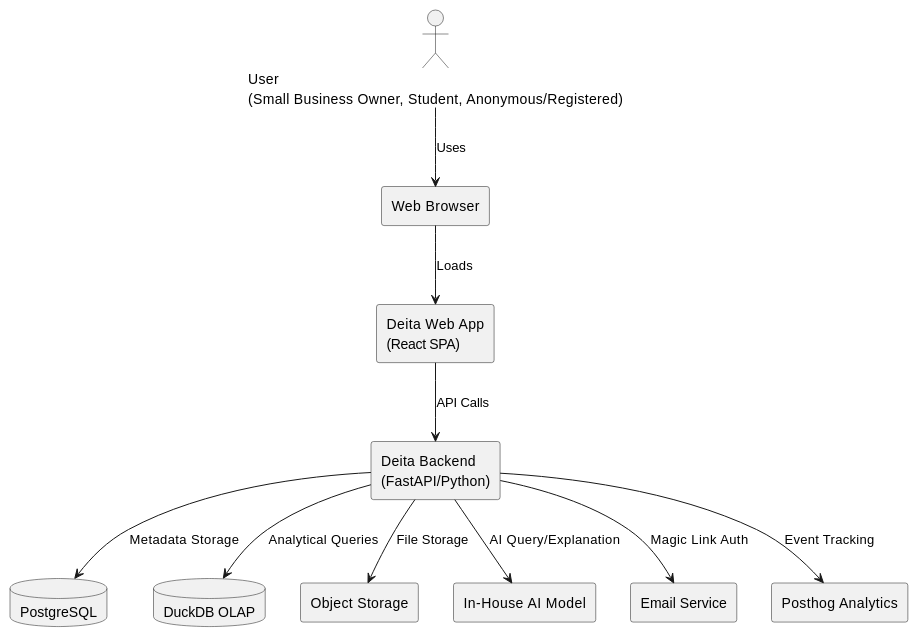
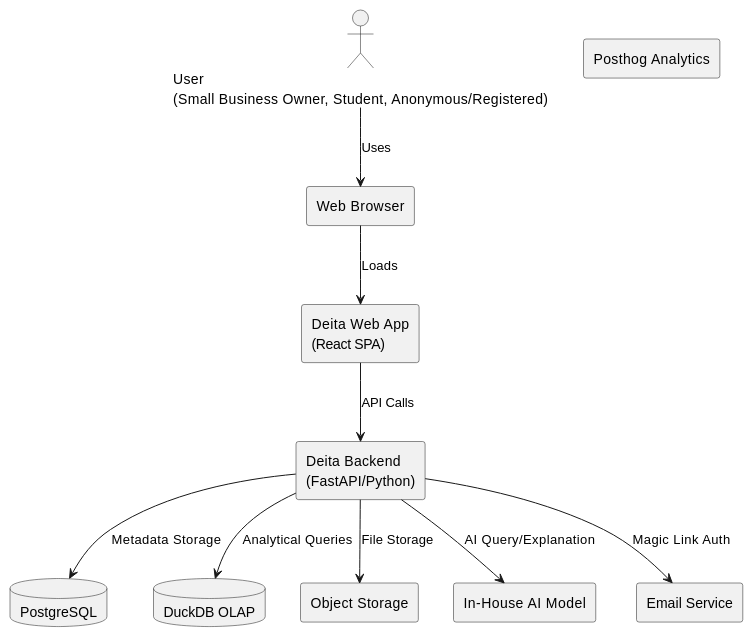
The diagram in docs/01-system-architecture.md (kasappeal/Deita), drawn with PlantUML before and after one commit. The commit also changed other lines of this file and 11 other files, not shown here.

````diff
--- a/docs/01-system-architecture.md
+++ b/docs/01-system-architecture.md
@@ -9,24 +9,23 @@
 ```plantuml
 @startuml
 actor User as "User\n(Small Business Owner, Student, Anonymous/Registered)"
 rectangle "Web Browser" as Browser
 rectangle "Deita Web App\n(React SPA)" as WebApp
 rectangle "Deita Backend\n(FastAPI/Python)" as Backend
 database "PostgreSQL" as PostgreSQL
 database "DuckDB OLAP" as DuckDB
 rectangle "Object Storage" as ObjectStorage
 rectangle "In-House AI Model" as AIModel
 rectangle "Email Service" as EmailService
 rectangle "Posthog Analytics" as Posthog
 
 User --> Browser : Uses
 Browser --> WebApp : Loads
 WebApp --> Backend : API Calls
 Backend --> PostgreSQL : Metadata Storage
 Backend --> DuckDB : Analytical Queries
 Backend --> ObjectStorage : File Storage
 Backend --> AIModel : AI Query/Explanation
 Backend --> EmailService : Magic Link Auth
-Backend --> Posthog : Event Tracking
 @enduml
 ```
````
